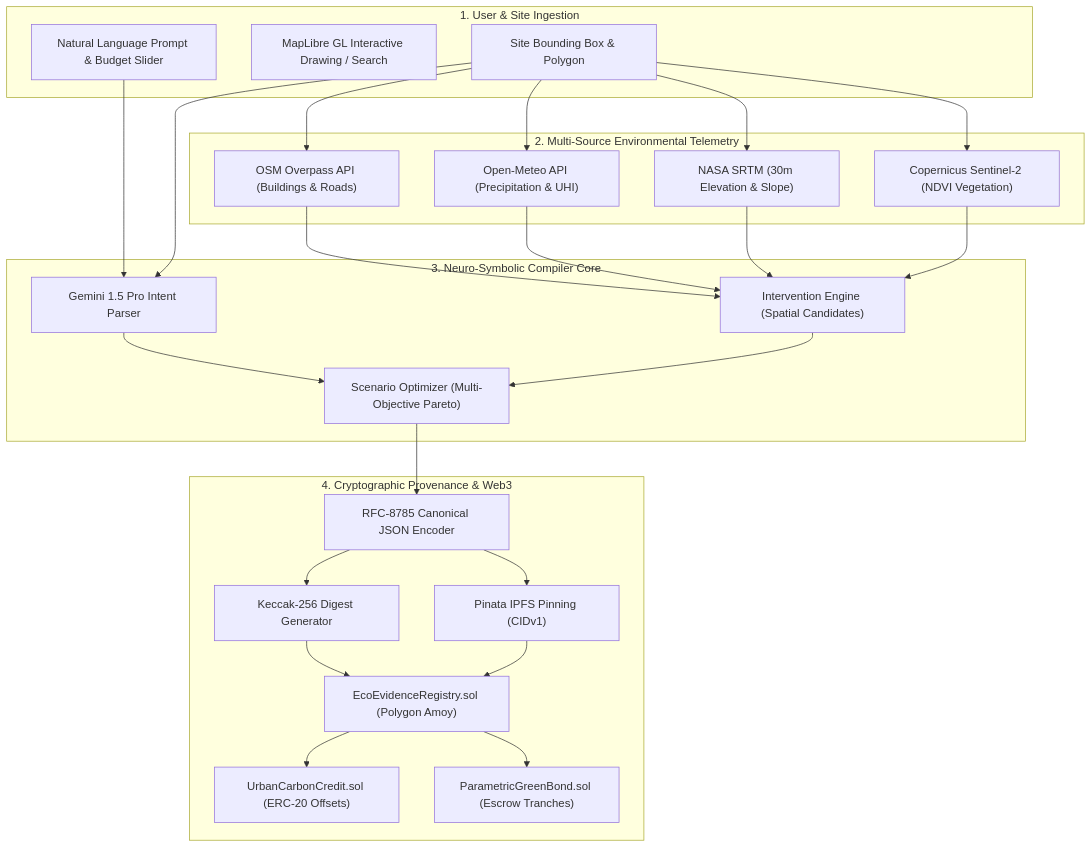
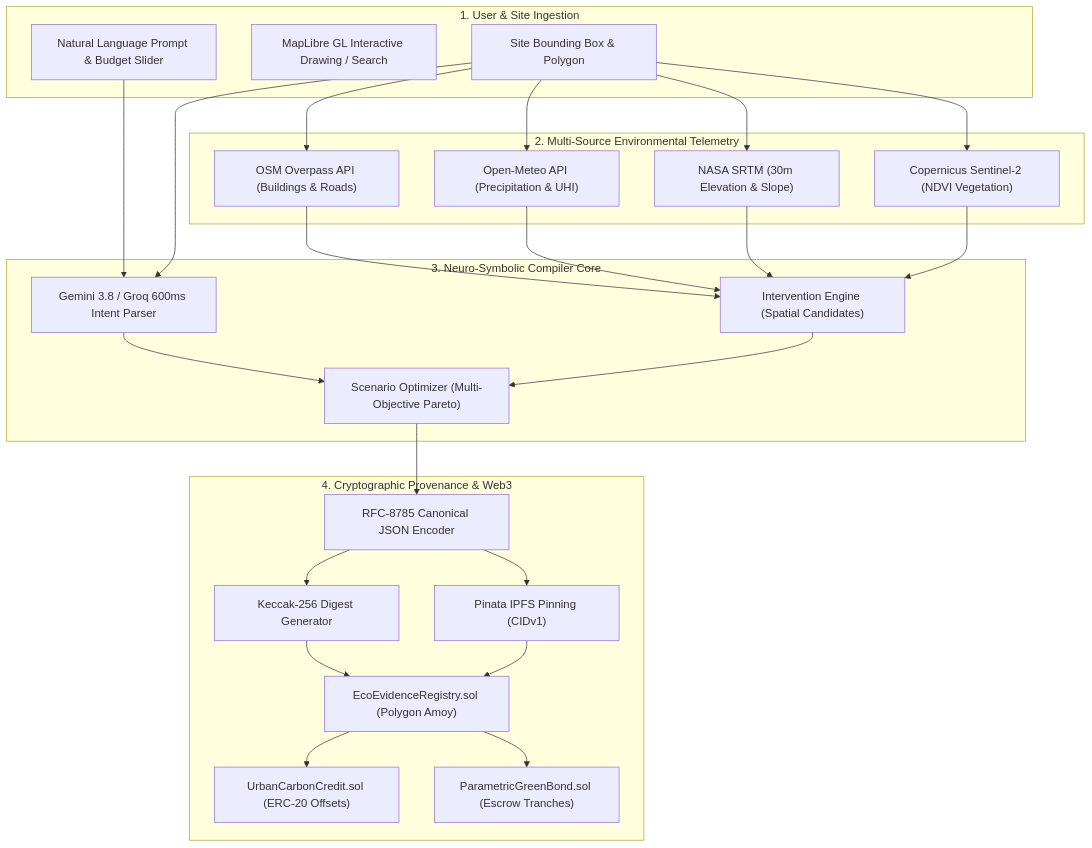
The diagram in PRD.md (hacker9854-ship-it/Eco-Planner), drawn with Mermaid before and after one commit. The commit also changed other lines of this file and 4 other files, not shown here.

````diff
--- a/PRD.md
+++ b/PRD.md
@@ -88,39 +88,39 @@
 ```mermaid
 flowchart TD
     subgraph INPUT["1. User & Site Ingestion"]
         UI["Natural Language Prompt & Budget Slider"]
         MAP["MapLibre GL Interactive Drawing / Search"]
         BBOX["Site Bounding Box & Polygon"]
     end
 
     subgraph TELEMETRY["2. Multi-Source Environmental Telemetry"]
         OSM["OSM Overpass API (Buildings & Roads)"]
         METEO["Open-Meteo API (Precipitation & UHI)"]
         SRTM["NASA SRTM (30m Elevation & Slope)"]
         SENT["Copernicus Sentinel-2 (NDVI Vegetation)"]
     end
 
     subgraph COMPILER["3. Neuro-Symbolic Compiler Core"]
-        GEMINI["Gemini 1.5 Pro Intent Parser"]
+        GEMINI["Gemini 3.8 / Groq 600ms Intent Parser"]
         ENGINE["Intervention Engine (Spatial Candidates)"]
         OPTIMIZER["Scenario Optimizer (Multi-Objective Pareto)"]
     end
 
     subgraph CRYPTO["4. Cryptographic Provenance & Web3"]
         CANON["RFC-8785 Canonical JSON Encoder"]
         KECCAK["Keccak-256 Digest Generator"]
         IPFS["Pinata IPFS Pinning (CIDv1)"]
         REGISTRY["EcoEvidenceRegistry.sol (Polygon Amoy)"]
         UCC["UrbanCarbonCredit.sol (ERC-20 Offsets)"]
         BOND["ParametricGreenBond.sol (Escrow Tranches)"]
     end
 
     UI & BBOX --> GEMINI
     BBOX --> OSM & METEO & SRTM & SENT
     OSM & METEO & SRTM & SENT --> ENGINE
     GEMINI & ENGINE --> OPTIMIZER
     OPTIMIZER --> CANON
     CANON --> KECCAK & IPFS
     KECCAK & IPFS --> REGISTRY
     REGISTRY --> UCC & BOND
 ```
````
